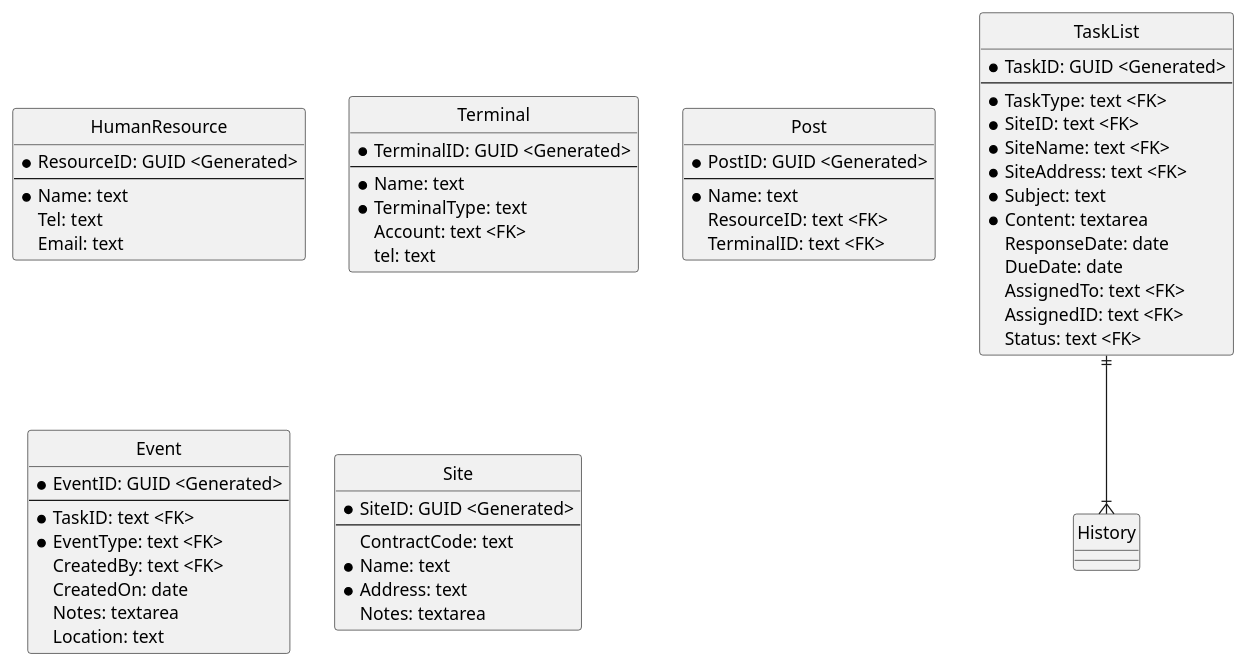
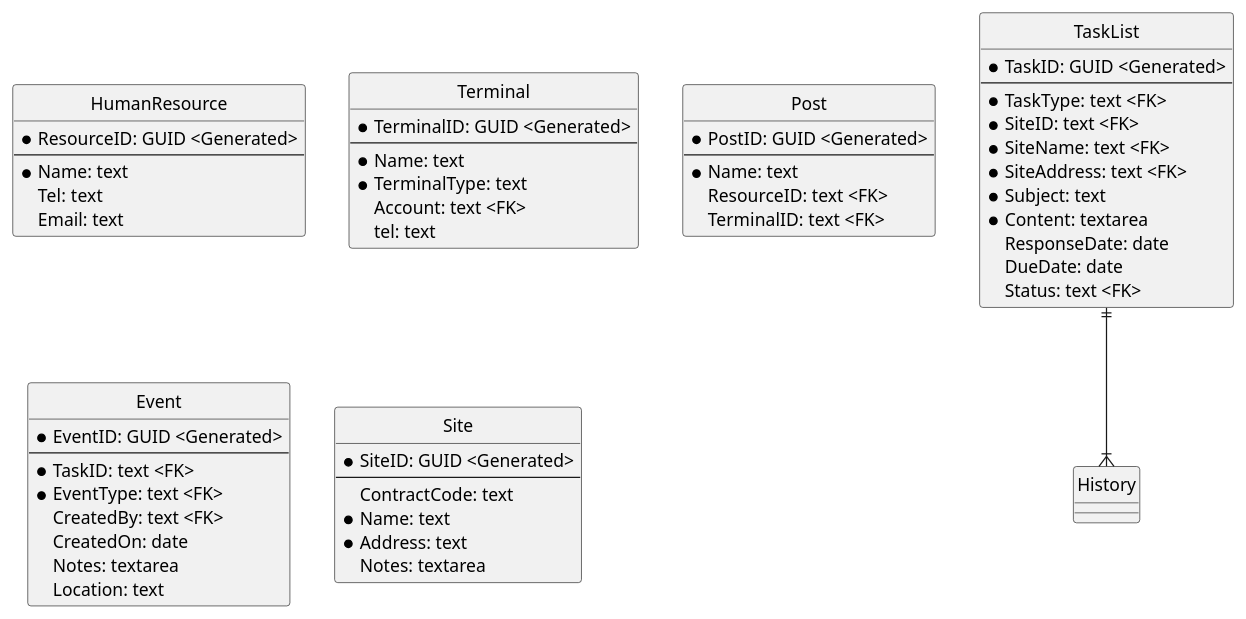
Before and after one commit to himiz6912/mms: the diagram in er_task.pu, drawn with PlantUML. The commit also changed 1 other file, not shown here.

```diff
--- a/er_task.pu
+++ b/er_task.pu
@@ -1,72 +1,70 @@
 @startuml
 hide circle
 skinparam linetype ortho
 
 entity HumanResource {
     * ResourceID: GUID <Generated>
     --
     * Name: text
     Tel: text
     Email: text
 }
 
 entity Terminal {
     * TerminalID: GUID <Generated>
     --
     * Name: text
     * TerminalType: text
     Account: text <FK>
     tel: text
 }
 ' TerminalType: iPhone/ Android phone/ iPad/ Android tablet 
 
 entity Post {
     * PostID: GUID <Generated>
     --
     * Name: text
     ResourceID: text <FK>
     TerminalID: text <FK>
 }
 
 entity TaskList {
     * TaskID: GUID <Generated>
     --
     * TaskType: text <FK>
     * SiteID: text <FK>
     * SiteName: text <FK>
     * SiteAddress: text <FK>
     * Subject: text
     * Content: textarea
     ResponseDate: date
     DueDate: date
-    AssignedTo: text <FK>
-    AssignedID: text <FK>
     Status: text <FK>
 }
 ' TaskType: EmergencyDispatch/ PeriodicMaintenance/ Troubleshooting/ Patrol/ Meeting
-' Status: Created/ Assigned/ Ongoing/ Completed/ Pending/
+' Status: Created/ Arranging/ Ongoing/ Completed/ Pending/
 
 entity Event {
     * EventID: GUID <Generated>
     --
     * TaskID: text <FK>
     * EventType: text <FK>
     CreatedBy: text <FK>
     CreatedOn: date
     Notes: textarea
     Location: text
 }
-' EventType: Create/ UpdateContent/ UpdateTime/ Allocate/ Accept/ Reject/ ReportSuccess/ ReportFailue/ Pending/ PeriodicReport
+' EventType: Create/ Update/ Assign/ Accept/ Reject/ ReportStart/ ReportSuccess/ ReportFail/ ReportPending/ Confirm/ PeriodicReport
 
 entity Site {
     * SiteID: GUID <Generated>
     --
     ContractCode: text
     * Name: text
     * Address: text
     Notes: textarea
 }
 
 TaskList ||--|{ History
 
 @enduml
```
